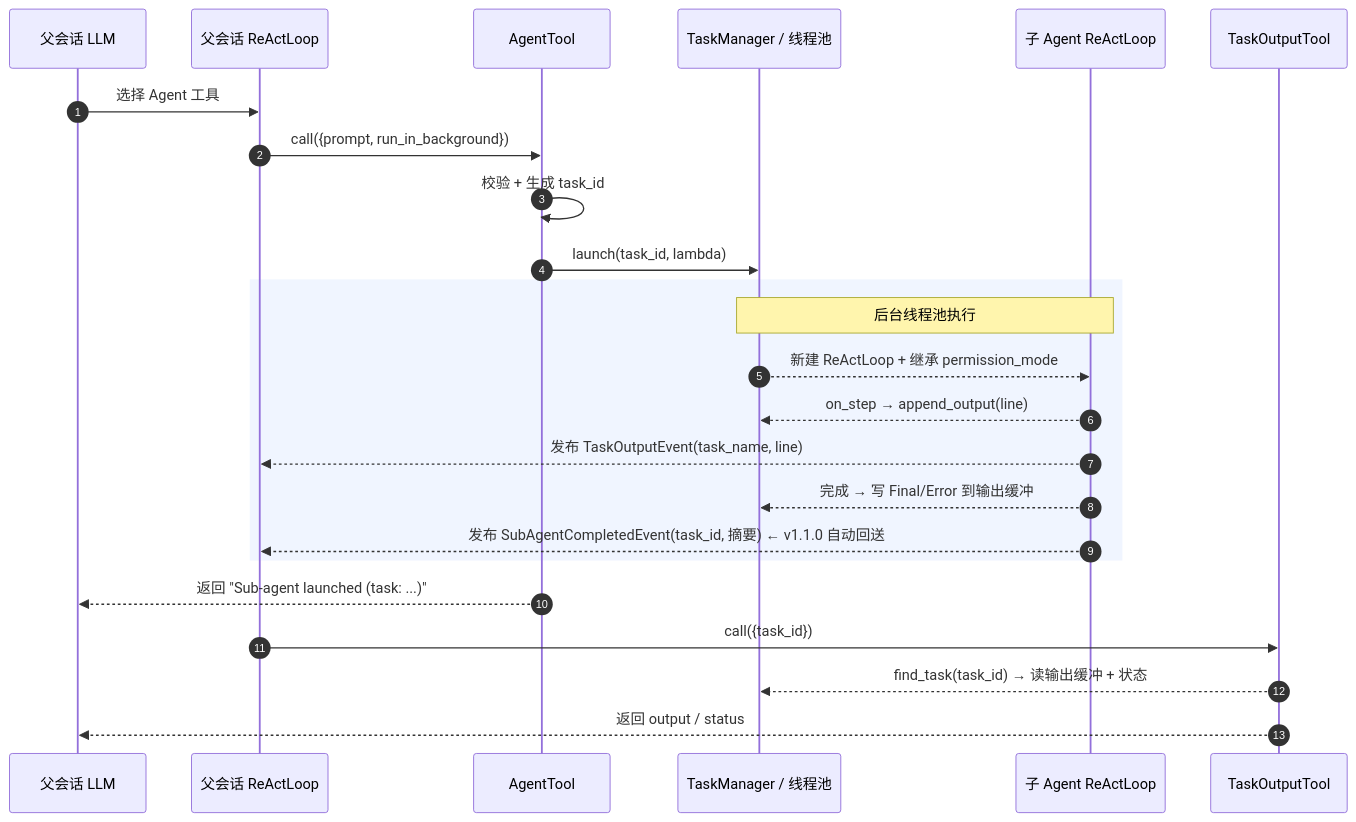
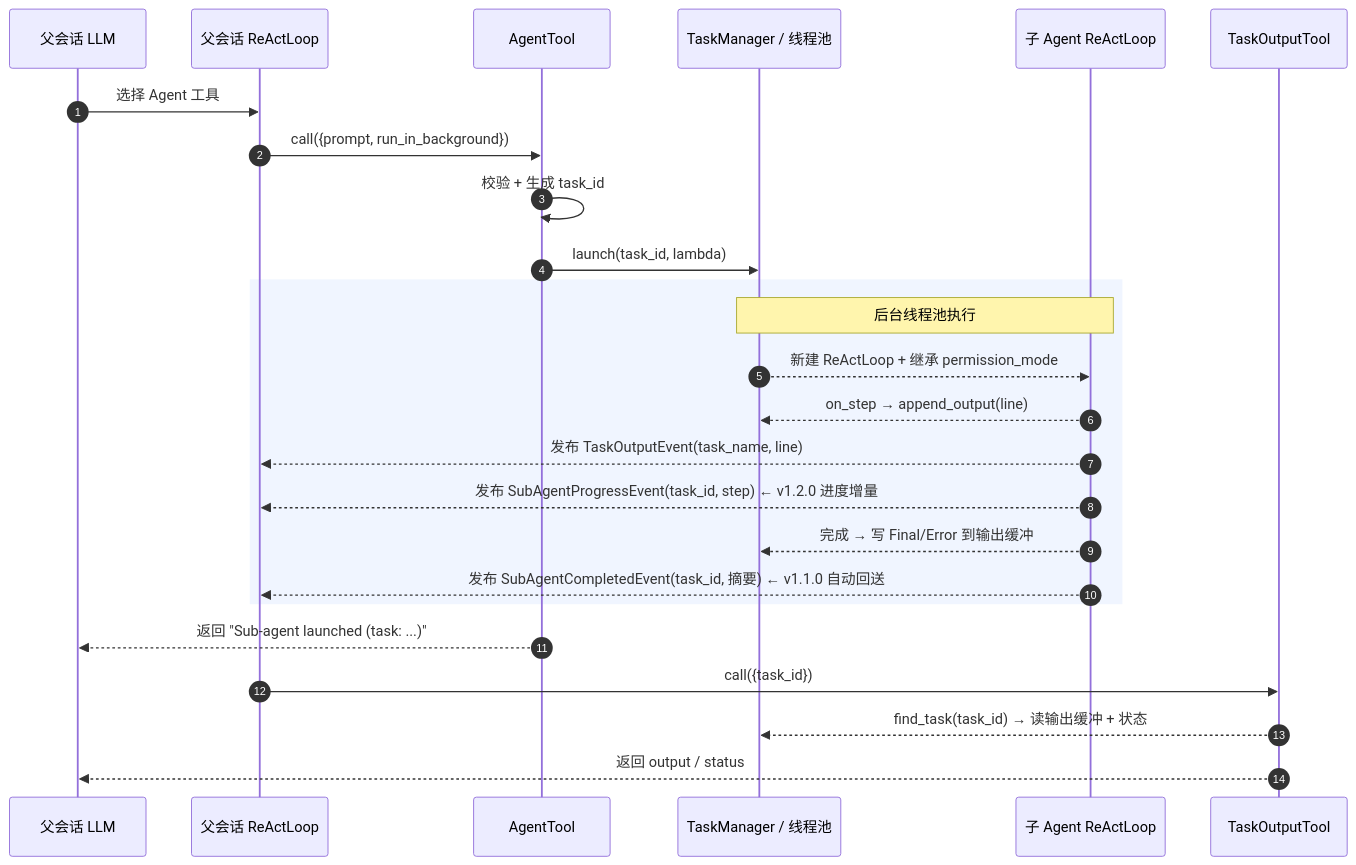
Before and after one commit to ygsheep/WorkX: the third of 3 diagrams in src/agent/tool/AgentTool/README.md, drawn with Mermaid. The commit also changed other lines of this file, not shown here.

Commit message:
docs(agent-tool): v1.2.0 README 更新（并行批量调度 + 进度流式订阅）

````diff
--- a/src/agent/tool/AgentTool/README.md
+++ b/src/agent/tool/AgentTool/README.md
@@ -259,27 +274,28 @@
 ```mermaid
 sequenceDiagram
     autonumber
     participant LLM as 父会话 LLM
     participant P as 父会话 ReActLoop
     participant AT as AgentTool
     participant TM as TaskManager / 线程池
     participant SA as 子 Agent ReActLoop
     participant TO as TaskOutputTool
 
     LLM->>P: 选择 Agent 工具
     P->>AT: call({prompt, run_in_background})
     AT->>AT: 校验 + 生成 task_id
     AT->>TM: launch(task_id, lambda)
     rect rgb(240, 245, 255)
         Note over TM,SA: 后台线程池执行
         TM-->>SA: 新建 ReActLoop + 继承 permission_mode
         SA-->>TM: on_step → append_output(line)
         SA-->>P: 发布 TaskOutputEvent(task_name, line)
+        SA-->>P: 发布 SubAgentProgressEvent(task_id, step)  ← v1.2.0 进度增量
         SA-->>TM: 完成 → 写 Final/Error 到输出缓冲
         SA-->>P: 发布 SubAgentCompletedEvent(task_id, 摘要)  ← v1.1.0 自动回送
     end
     AT-->>LLM: 返回 "Sub-agent launched (task: ...)"
     P->>TO: call({task_id})
     TO-->>TM: find_task(task_id) → 读输出缓冲 + 状态
     TO-->>LLM: 返回 output / status
 ```
````
